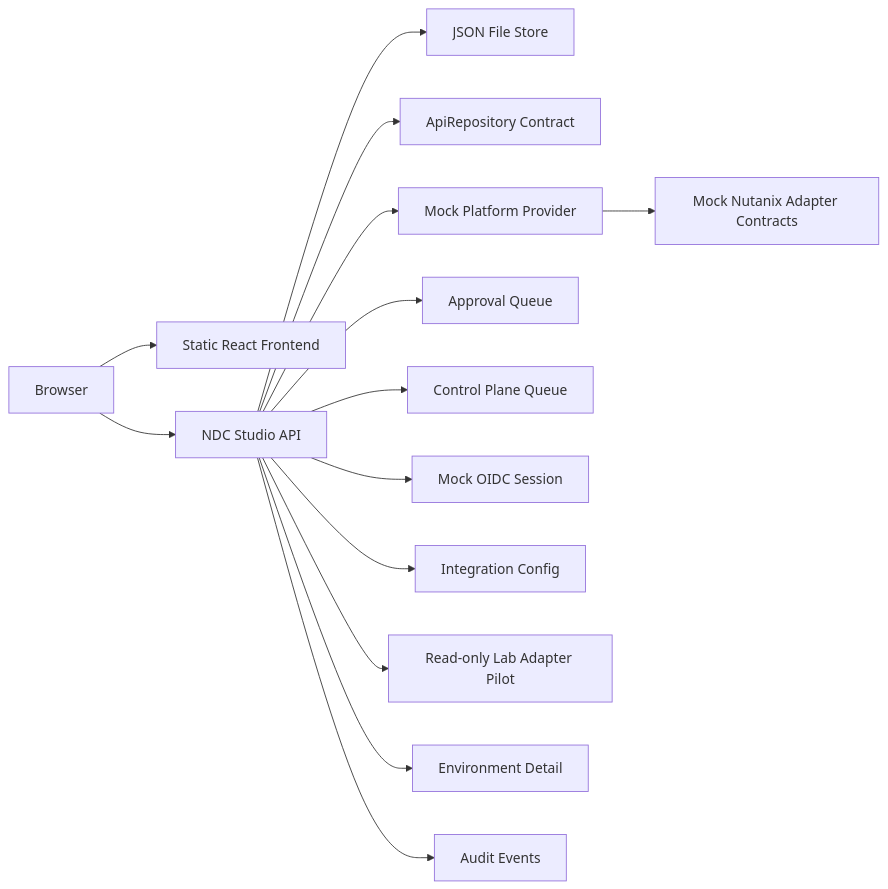
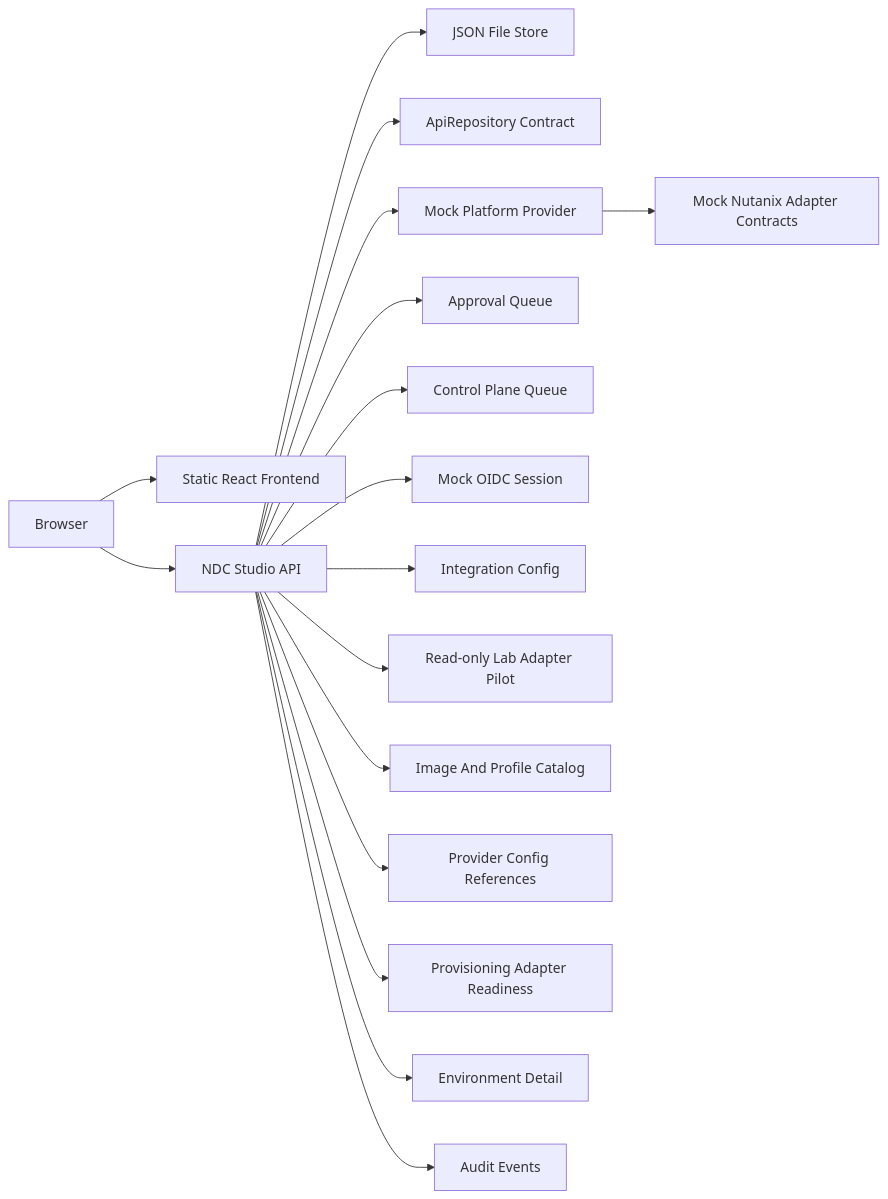
Before and after one commit to VirtuArchitect/nutanix-developer-cloud-studio: the second of 2 diagrams in docs/architecture.md, drawn with Mermaid. The commit also changed other lines of this file and 23 other files, not shown here.

````diff
--- a/docs/architecture.md
+++ b/docs/architecture.md
@@ -21,16 +21,19 @@
 ```mermaid
 flowchart LR
     Browser["Browser"] --> Web["Static React Frontend"]
     Browser --> Api["NDC Studio API"]
     Api --> Store["JSON File Store"]
     Api --> Repo["ApiRepository Contract"]
     Api --> Provider["Mock Platform Provider"]
     Provider --> Adapters["Mock Nutanix Adapter Contracts"]
     Api --> Approvals["Approval Queue"]
     Api --> Queue["Control Plane Queue"]
     Api --> Identity["Mock OIDC Session"]
     Api --> Config["Integration Config"]
     Api --> LabAdapters["Read-only Lab Adapter Pilot"]
+    Api --> Inventory["Image And Profile Catalog"]
+    Api --> ProviderConfig["Provider Config References"]
+    Api --> AdapterReadiness["Provisioning Adapter Readiness"]
     Api --> Details["Environment Detail"]
     Api --> Audit["Audit Events"]
 ```
````
